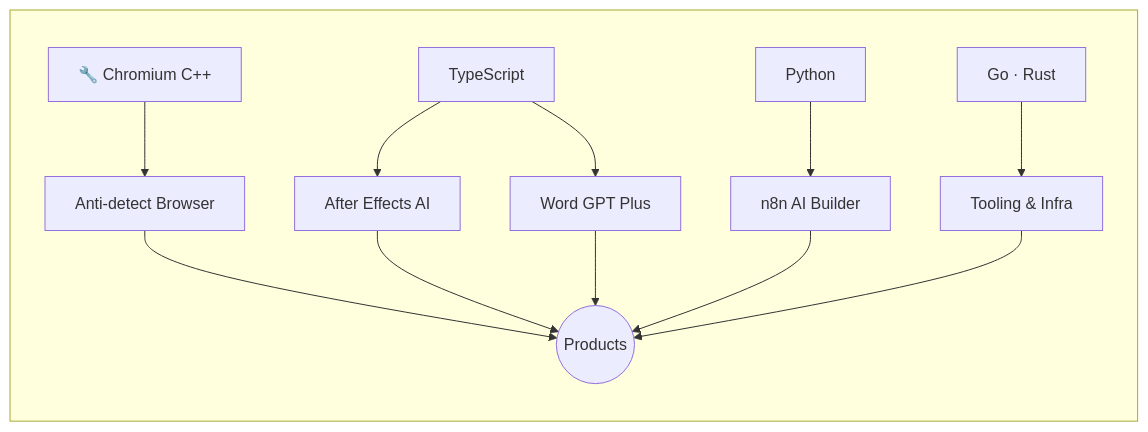
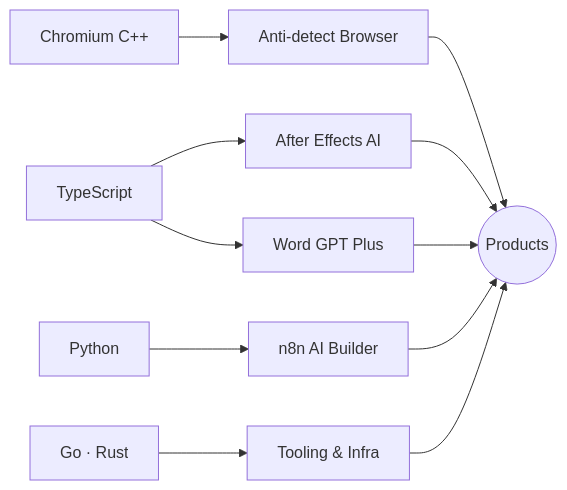
The diagram in README.md (phquand2000/phquand2000), drawn with Mermaid before and after one commit. The commit also changed other lines of this file, not shown here.

````diff
--- a/README.md
+++ b/README.md
@@ -60,15 +56,13 @@
 ```mermaid
 graph LR
-    subgraph " "
-        A["🔧 Chromium C++"] --> B["Anti-detect Browser"]
-        C["TypeScript"] --> D["After Effects AI"]
-        C --> E["Word GPT Plus"]
-        F["Python"] --> G["n8n AI Builder"]
-        H["Go · Rust"] --> I["Tooling & Infra"]
-        B --> J(("Products"))
-        D --> J
-        E --> J
-        G --> J
-        I --> J
-    end
+    A["Chromium C++"] --> B["Anti-detect Browser"]
+    C["TypeScript"] --> D["After Effects AI"]
+    C --> E["Word GPT Plus"]
+    F["Python"] --> G["n8n AI Builder"]
+    H["Go · Rust"] --> I["Tooling & Infra"]
+    B --> J(("Products"))
+    D --> J
+    E --> J
+    G --> J
+    I --> J
 ```
````
